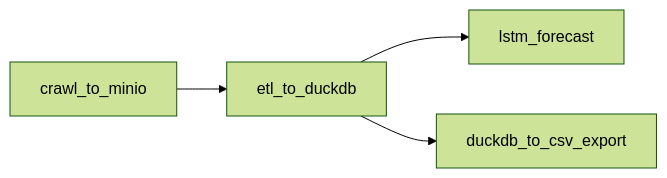
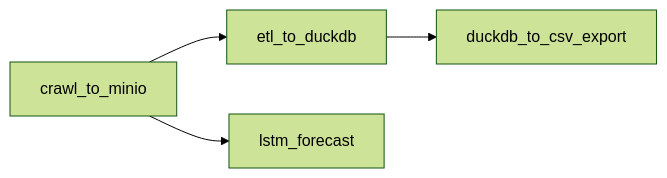
One commit to danhtran2mind/BTCUSDT-ML-ETL-Pipeline changed the second of 2 diagrams in docs/project_report.md. Above: the diagram before and after it, drawn with Mermaid (forest theme). The commit also changed other lines of this file and 57 other files, not shown here.

````diff
--- a/docs/project_report.md
+++ b/docs/project_report.md
@@ -144,6 +180,6 @@
 ```mermaid
 graph LR
     dag1[crawl_to_minio] --> dag2[etl_to_duckdb]
-    dag2 --> dag3[lstm_forecast]
+    dag1 --> dag3[lstm_forecast]
     dag2 --> dag4[duckdb_to_csv_export]
 ```
````
